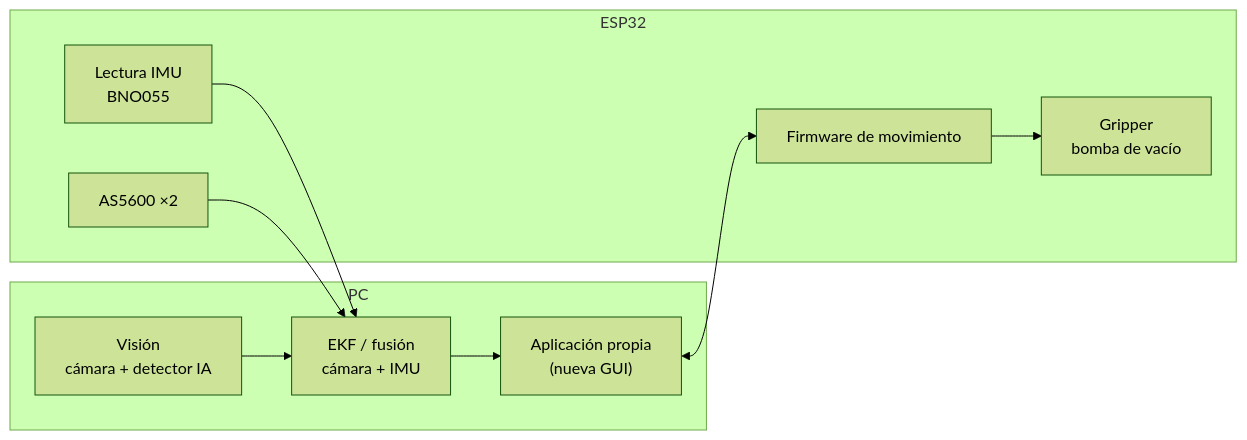
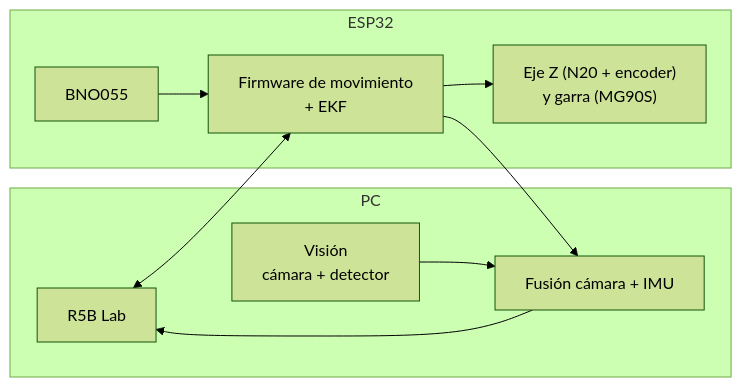
Before and after one commit to Luna-stack133/Robot-5-barras: the fourth of 4 diagrams in docs/05-arquitectura-software.md, drawn with Mermaid (forest theme). The commit also changed other lines of this file and 92 other files, not shown here.

````diff
--- a/docs/05-arquitectura-software.md
+++ b/docs/05-arquitectura-software.md
@@ -134,20 +159,19 @@
 ```mermaid
 flowchart LR
     subgraph PC
-        APP["Aplicación propia<br/>(nueva GUI)"]
-        VIS["Visión<br/>cámara + detector IA"]
-        EKFPC["EKF / fusión<br/>cámara + IMU"]
+        APP["R5B Lab"]
+        VIS["Visión<br/>cámara + detector"]
+        FUS["Fusión cámara + IMU"]
     end
     subgraph ESP32
-        FW["Firmware de movimiento"]
-        IMUD["Lectura IMU<br/>BNO055"]
-        ENC["AS5600 ×2"]
-        GRIP["Gripper<br/>bomba de vacío"]
+        FW["Firmware de movimiento<br/>+ EKF"]
+        IMUD["BNO055"]
+        ZG["Eje Z (N20 + encoder)<br/>y garra (MG90S)"]
     end
     APP <--> FW
-    VIS --> EKFPC
-    IMUD --> EKFPC
-    ENC --> EKFPC
-    EKFPC --> APP
-    FW --> GRIP
+    VIS --> FUS
+    IMUD --> FW
+    FW --> FUS
+    FUS --> APP
+    FW --> ZG
 ```
````
